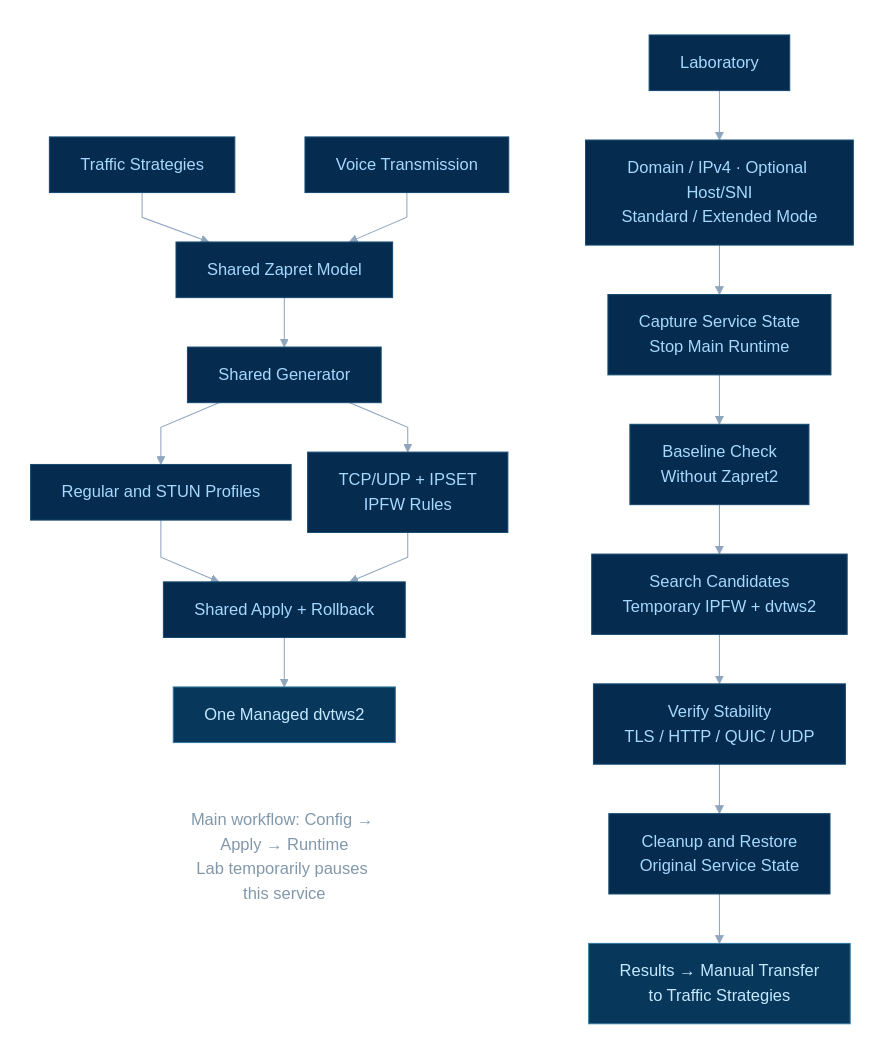
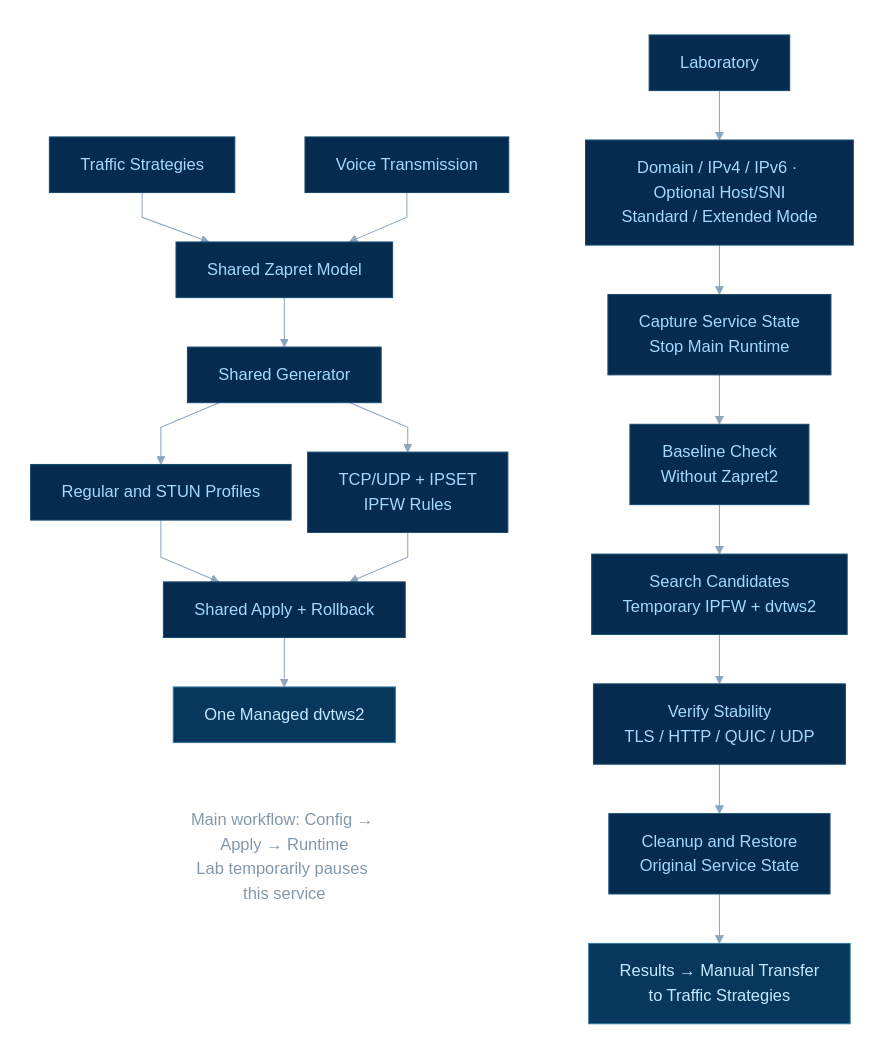
The diagram in README.md (Tolian82/os-zapret2-restyle), drawn with Mermaid before and after one commit. The commit also changed other lines of this file and 12 other files, not shown here.

````diff
--- a/README.md
+++ b/README.md
@@ -40,53 +40,53 @@
 ```mermaid
 %%{init: {"theme":"base","themeVariables":{"fontFamily":"Arial, sans-serif","fontSize":"16px","lineColor":"#8ea5bd","background":"#0d1117"},"flowchart":{"nodeSpacing":16,"rankSpacing":23,"curve":"linear","htmlLabels":true}}}%%
 flowchart LR
   subgraph CORE[" "]
     direction TB
     S["Traffic Strategies"]
     V["Voice Transmission"]
     M["Shared Zapret Model"]
     G["Shared Generator"]
     P["Regular and STUN Profiles"]
     F["TCP/UDP + IPSET<br/>IPFW Rules"]
     A["Shared Apply + Rollback"]
     R["One Managed dvtws2"]
     NOTE["Main workflow: Config → Apply → Runtime<br/>Lab temporarily pauses this service"]
 
     S --> M
     V --> M
     M --> G
     G --> P
     G --> F
     P --> A
     F --> A
     A --> R
     R ~~~ NOTE
   end
 
   subgraph LAB[" "]
     direction TB
     L["Laboratory"]
-    T["Domain / IPv4 · Optional Host/SNI<br/>Standard / Extended Mode"]
+    T["Domain / IPv4 / IPv6 · Optional Host/SNI<br/>Standard / Extended Mode"]
     H["Capture Service State<br/>Stop Main Runtime"]
     B["Baseline Check<br/>Without Zapret2"]
     C["Search Candidates<br/>Temporary IPFW + dvtws2"]
     Q["Verify Stability<br/>TLS / HTTP / QUIC / UDP"]
     O["Cleanup and Restore<br/>Original Service State"]
     W["Results → Manual Transfer<br/>to Traffic Strategies"]
 
     L --> T --> H --> B --> C --> Q --> O --> W
   end
 
   CORE ~~~ LAB
 
   classDef entry fill:#052c4e,stroke:#174b72,color:#a7d8ff,stroke-width:1px,font-size:16px;
   classDef step fill:#052c4e,stroke:#174b72,color:#a7d8ff,stroke-width:1px,font-size:16px;
   classDef output fill:#07385b,stroke:#3277a2,color:#c6e8ff,stroke-width:1px,font-size:16px;
   classDef note fill:transparent,stroke:transparent,color:#8298aa,font-size:16px;
   class S,V,L entry;
   class M,G,P,F,A,T,H,B,C,Q,O step;
   class R,W output;
   class NOTE note;
   style CORE fill:transparent,stroke:transparent
   style LAB fill:transparent,stroke:transparent
 ```
````
